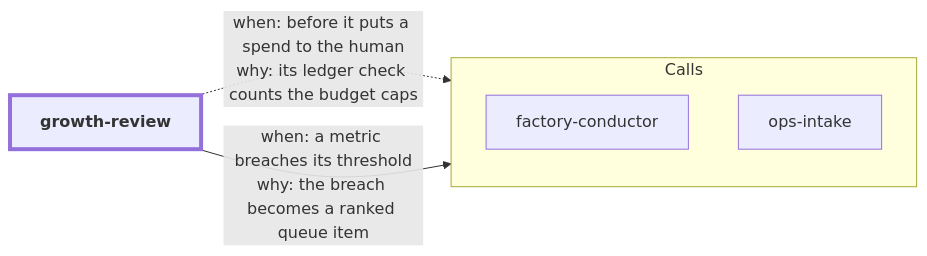
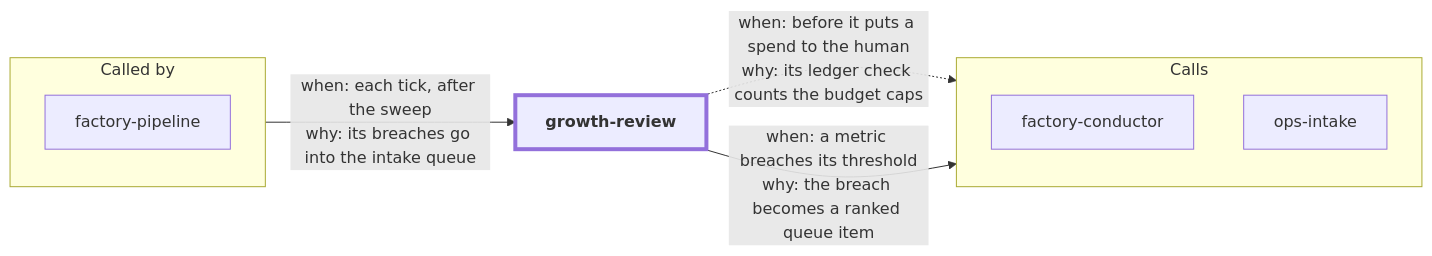
The diagram in growth-review/README.md (dhanesh/agent-skills), drawn with Mermaid before and after one commit. The commit also changed other lines of this file and 8 other files, not shown here.

First line of the commit message:
docs(skill-graph): add the calls of factory-pipeline and incident-watch (R34)

````diff
--- a/growth-review/README.md
+++ b/growth-review/README.md
@@ -20,13 +20,18 @@
 ```mermaid
 flowchart LR
+  subgraph callers["Called by"]
+    direction TB
+    in_factory_pipeline["factory-pipeline"]
+  end
   self_growth_review["growth-review"]
   subgraph callees["Calls"]
     direction TB
     out_factory_conductor["factory-conductor"]
     out_ops_intake["ops-intake"]
   end
+  in_factory_pipeline -->|"when: each tick, after the sweep<br/>why: its breaches go into the intake queue"| self_growth_review
   self_growth_review -.->|"when: before it puts a spend to the human<br/>why: its ledger check counts the budget caps"| out_factory_conductor
   self_growth_review -->|"when: a metric breaches its threshold<br/>why: the breach becomes a ranked queue item"| out_ops_intake
   classDef self stroke-width:4px,font-weight:bold
   class self_growth_review self
 ```
````
